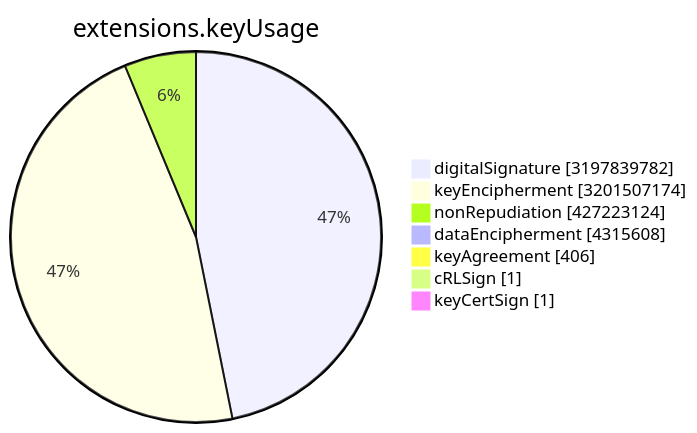
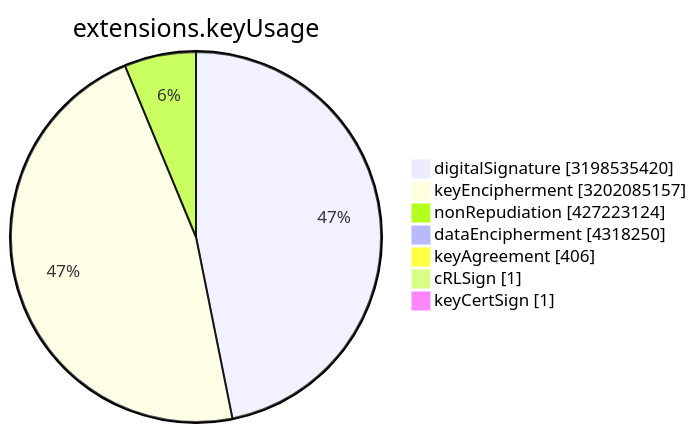
One commit to christiankrug/ctmonitor_visualization changed the sixth of 15 diagrams in TOTAL/README.md. Above: the diagram before and after it, drawn with Mermaid. The commit also changed other lines of this file, not shown here.

````diff
--- a/TOTAL/README.md
+++ b/TOTAL/README.md
@@ -3077,11 +3077,11 @@
 ```mermaid
 pie showData
 title extensions.keyUsage
-"digitalSignature" :3197839782
-"keyEncipherment" :3201507174
+"digitalSignature" :3198535420
+"keyEncipherment" :3202085157
 "nonRepudiation" :427223124
-"dataEncipherment" :4315608
+"dataEncipherment" :4318250
 "keyAgreement" :406
 "cRLSign" :1
 "keyCertSign" :1
 ```
````
